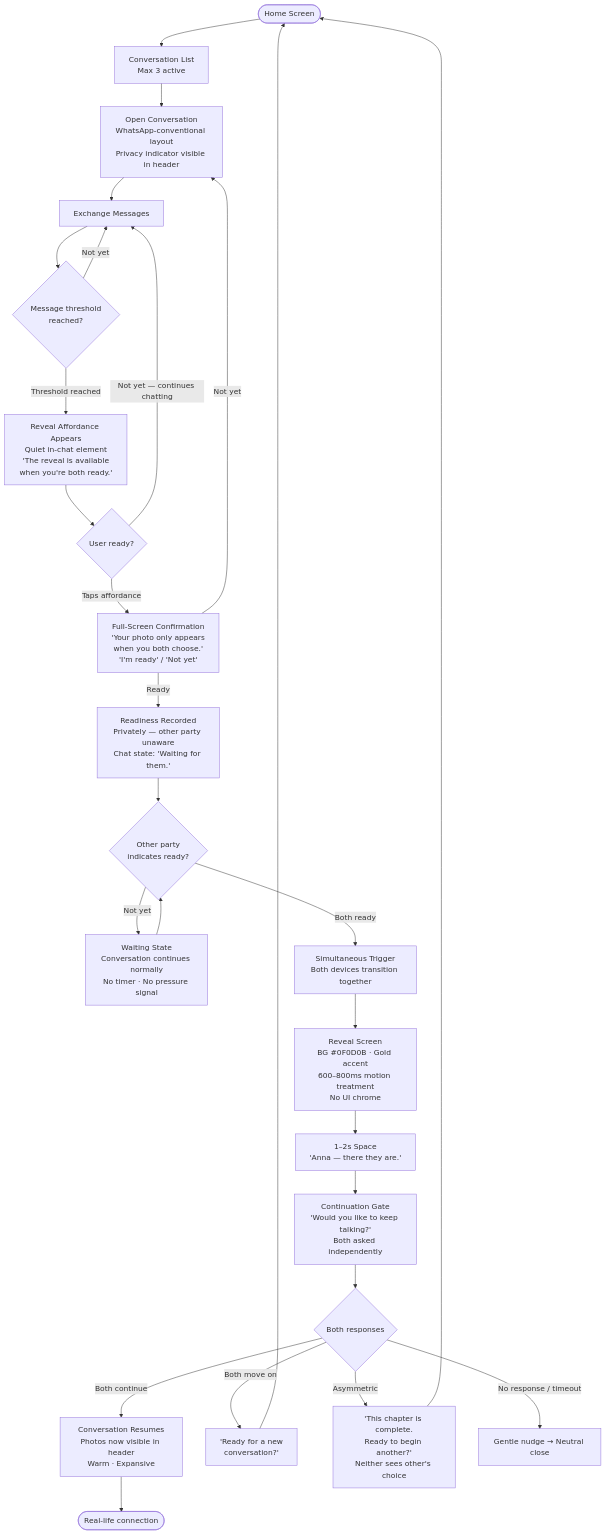
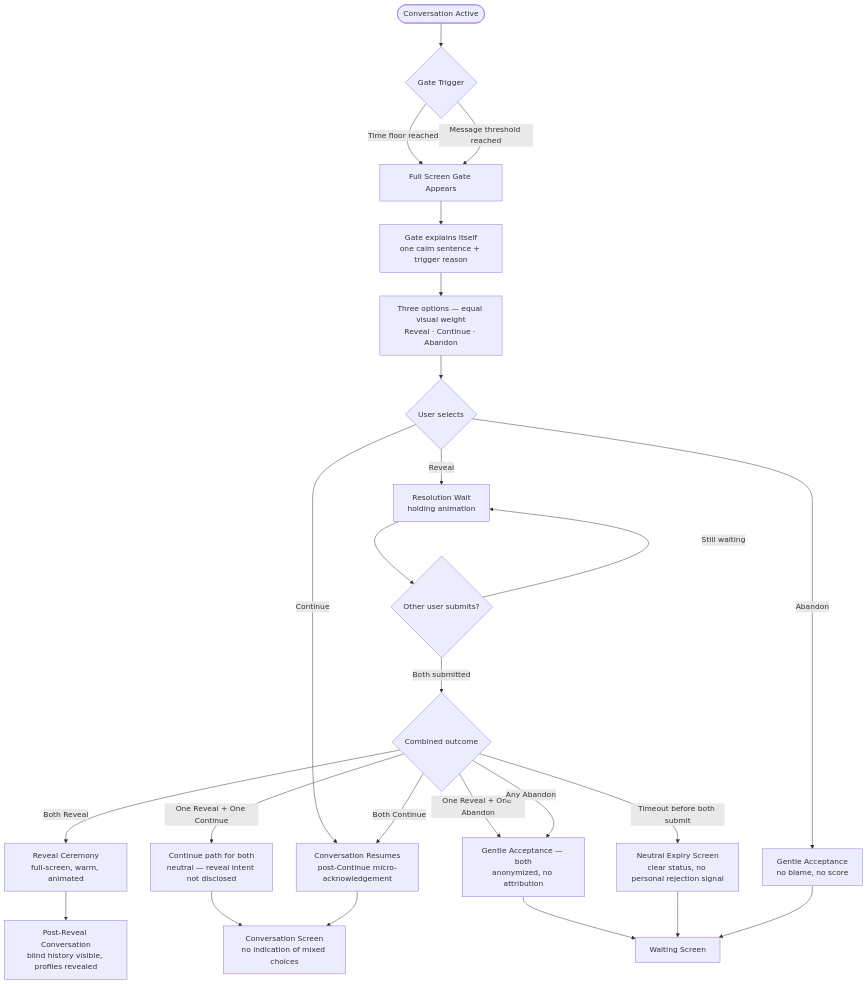
Before and after one commit to Velociapcior/Blinder: the second of 3 diagrams in _bmad-output/planning-artifacts/ux-design-specification.md, drawn with Mermaid. The commit also changed other lines of this file and 970 other files, not shown here.

````diff
--- a/_bmad-output/planning-artifacts/ux-design-specification.md
+++ b/_bmad-output/planning-artifacts/ux-design-specification.md
@@ -930,29 +567,31 @@
 ```mermaid
 flowchart TD
-    A([Home Screen]) --> B[Conversation List\nMax 3 active]
-    B --> C[Open Conversation\nWhatsApp-conventional layout\nPrivacy indicator visible in header]
-    C --> D[Exchange Messages]
-    D --> E{Message threshold\nreached?}
-    E -->|Not yet| D
-    E -->|Threshold reached| F[Reveal Affordance Appears\nQuiet in-chat element\n'The reveal is available\nwhen you're both ready.']
-    F --> G{User ready?}
-    G -->|Not yet — continues chatting| D
-    G -->|Taps affordance| H[Full-Screen Confirmation\n'Your photo only appears\nwhen you both choose.'\n'I'm ready' / 'Not yet']
-    H -->|Not yet| C
-    H -->|Ready| I[Readiness Recorded\nPrivately — other party unaware\nChat state: 'Waiting for them.']
-    I --> J{Other party\nindicates ready?}
-    J -->|Not yet| K[Waiting State\nConversation continues normally\nNo timer · No pressure signal]
-    K --> J
-    J -->|Both ready| L[Simultaneous Trigger\nBoth devices transition together]
-    L --> M[Reveal Screen\nBG #0F0D0B · Gold accent\n600–800ms motion treatment\nNo UI chrome]
-    M --> N[1–2s Space\n'Anna — there they are.']
-    N --> O[Continuation Gate\n'Would you like to keep talking?'\nBoth asked independently]
-    O --> P{Both responses}
-    P -->|Both continue| Q[Conversation Resumes\nPhotos now visible in header\nWarm · Expansive]
-    P -->|Both move on| R['Ready for a new\nconversation?']
-    P -->|Asymmetric| S['This chapter is complete.\nReady to begin another?'\nNeither sees other's choice]
-    P -->|No response / timeout| T[Gentle nudge → Neutral close]
-    Q --> U([Real-life connection])
-    R --> A
-    S --> A
+    A([Conversation Active]) --> B{Gate Trigger}
+    B -- Time floor reached --> C[Full Screen Gate Appears]
+    B -- Message threshold reached --> C
+    C --> D[Gate explains itself\none calm sentence + trigger reason]
+    D --> E[Three options — equal visual weight\nReveal · Continue · Abandon]
+    E --> F{User selects}
+
+    F -- Reveal --> G[Resolution Wait\nholding animation]
+    F -- Continue --> H[Conversation Resumes\npost-Continue micro-acknowledgement]
+    F -- Abandon --> I[Gentle Acceptance\nno blame, no score]
+
+    G --> J{Other user submits?}
+    J -- Still waiting --> G
+    J -- Both submitted --> K{Combined outcome}
+
+    K -- Both Reveal --> L[Reveal Ceremony\nfull-screen, warm, animated]
+    K -- One Reveal + One Continue --> M[Continue path for both\nneutral — reveal intent not disclosed]
+    K -- One Reveal + One Abandon --> N[Gentle Acceptance — both\nanonymized, no attribution]
+    K -- Both Continue --> H
+    K -- Any Abandon --> N
+    K -- Timeout before both submit --> O[Neutral Expiry Screen\nclear status, no personal rejection signal]
+
+    L --> P[Post-Reveal Conversation\nblind history visible, profiles revealed]
+    M --> Q[Conversation Screen\nno indication of mixed choices]
+    H --> Q
+    N --> R[Waiting Screen]
+    O --> R
+    I --> R
 ```
````
